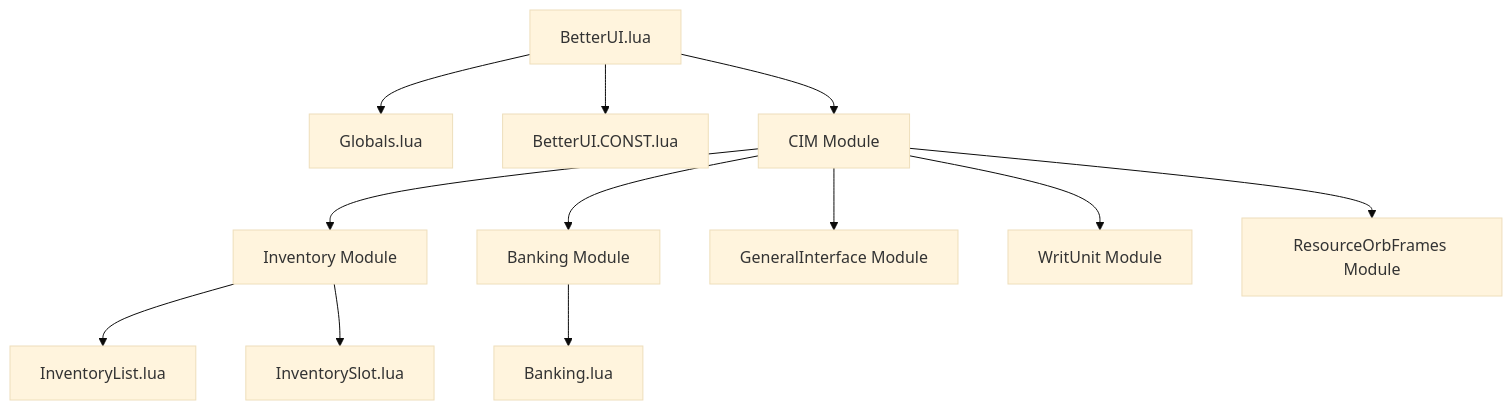
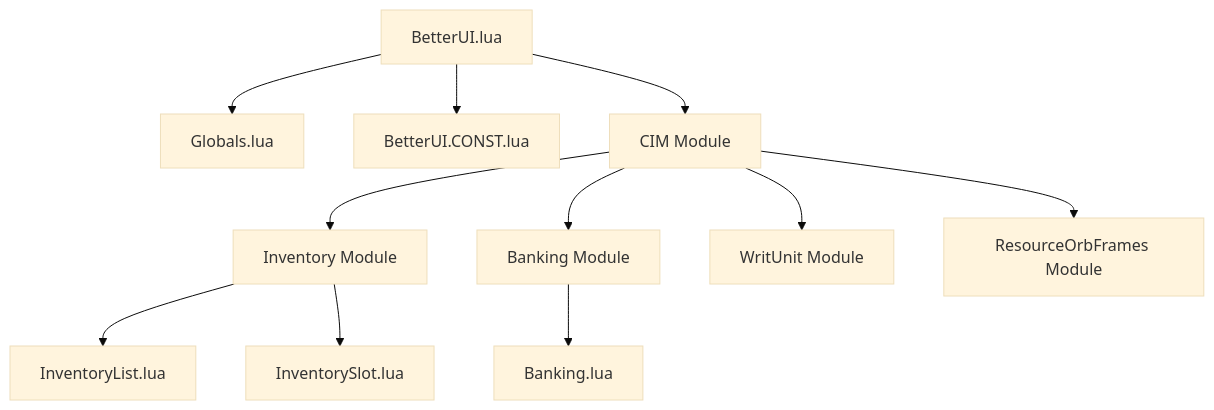
One commit to goobsnake/BetterUI changed the first of 2 diagrams in docs/ARCHITECTURE.md. Above: the diagram before and after it, drawn with Mermaid (base theme). The commit also changed other lines of this file, not shown here.

Commit message:
Docs(Phase 4): Update Architecture to reflect CIM migration

````diff
--- a/docs/ARCHITECTURE.md
+++ b/docs/ARCHITECTURE.md
@@ -270,14 +271,13 @@
 ```mermaid
 graph TD
     A[BetterUI.lua] --> B[Globals.lua]
     A --> C[BetterUI.CONST.lua]
     A --> D[CIM Module]
     D --> E[Inventory Module]
     D --> F[Banking Module]
-    D --> G[GeneralInterface Module]
-    D --> H[WritUnit Module]
+    D --> G[WritUnit Module]
     D --> L[ResourceOrbFrames Module]
     E --> I[InventoryList.lua]
     E --> J[InventorySlot.lua]
     F --> K[Banking.lua]
 ```
````
